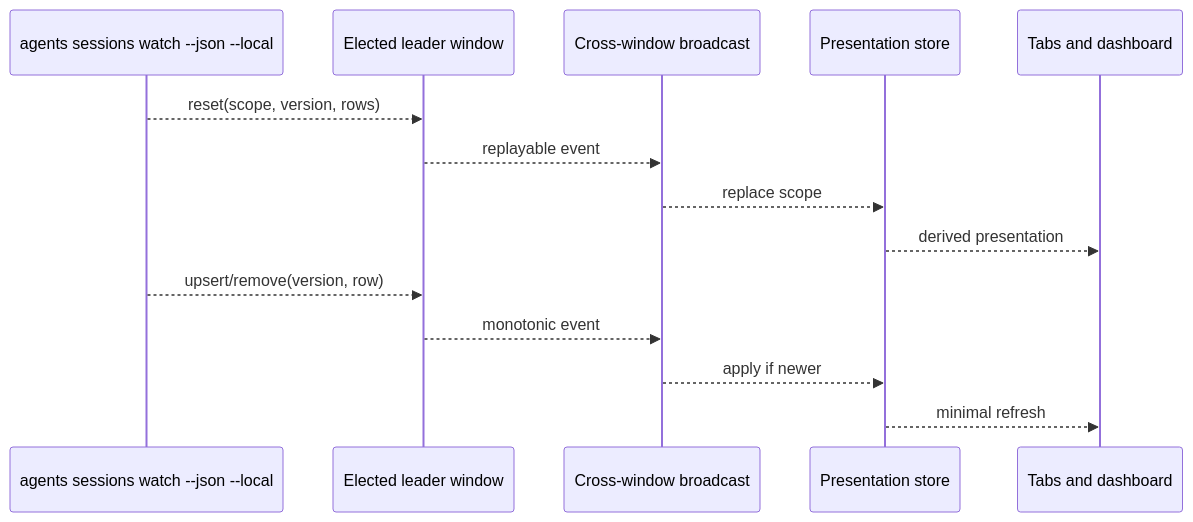
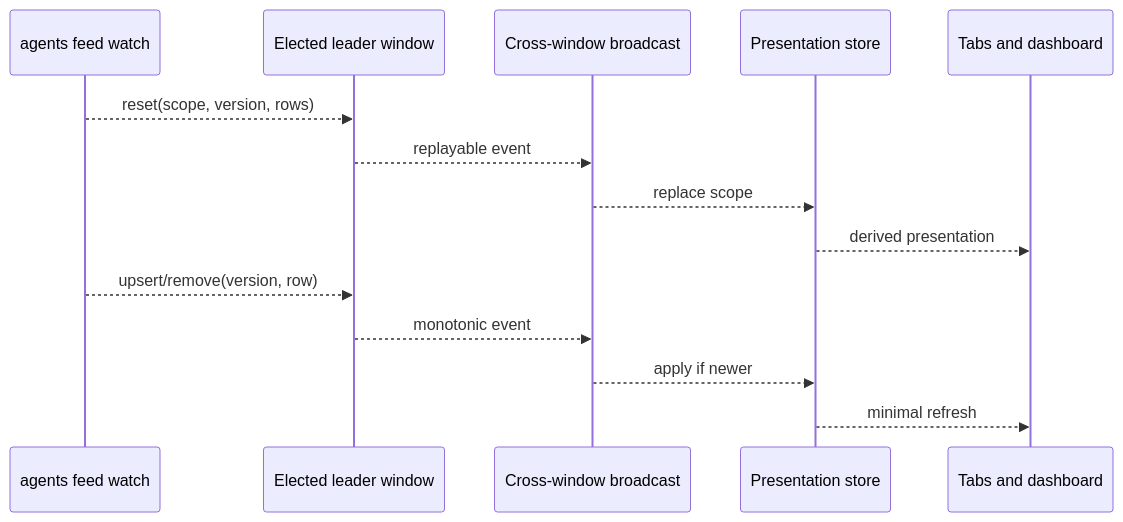
Before and after one commit to phnx-labs/agi-ext: the first of 2 diagrams in docs/session-projection.md, drawn with Mermaid. The commit also changed other lines of this file and 12 other files, not shown here.

````diff
--- a/docs/session-projection.md
+++ b/docs/session-projection.md
@@ -7,16 +7,16 @@
 ```mermaid
 sequenceDiagram
-  participant CLI as agents sessions watch --json --local
+  participant CLI as agents feed watch
   participant Leader as Elected leader window
   participant Bus as Cross-window broadcast
   participant Store as Presentation store
   participant UI as Tabs and dashboard
   CLI-->>Leader: reset(scope, version, rows)
   Leader-->>Bus: replayable event
   Bus-->>Store: replace scope
   Store-->>UI: derived presentation
   CLI-->>Leader: upsert/remove(version, row)
   Leader-->>Bus: monotonic event
   Bus-->>Store: apply if newer
   Store-->>UI: minimal refresh
 ```
````
